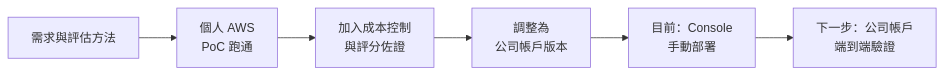
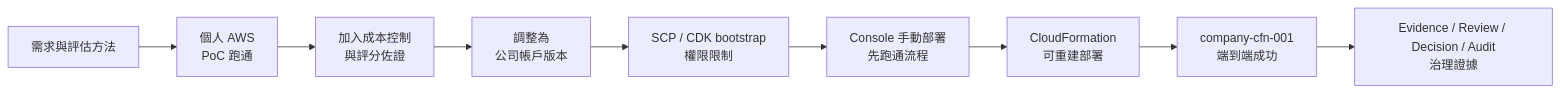
Before and after one commit to gt52bts-dotcom/internship-tech-radar: the second of 2 diagrams in final-proposal/簡報架構與執行軌跡.md, drawn with Mermaid. The commit also changed other lines of this file and 4 other files, not shown here.

````diff
--- a/final-proposal/簡報架構與執行軌跡.md
+++ b/final-proposal/簡報架構與執行軌跡.md
@@ -45,8 +47,11 @@
 ```mermaid
 flowchart LR
     A["需求與評估方法"] --> B["個人 AWS<br/>PoC 跑通"]
     B --> C["加入成本控制<br/>與評分佐證"]
     C --> D["調整為<br/>公司帳戶版本"]
-    D --> E["目前：Console<br/>手動部署"]
-    E --> F["下一步：公司帳戶<br/>端到端驗證"]
+    D --> E["SCP / CDK bootstrap<br/>權限限制"]
+    E --> F["Console 手動部署<br/>先跑通流程"]
+    F --> G["CloudFormation<br/>可重建部署"]
+    G --> H["company-cfn-001<br/>端到端成功"]
+    H --> I["Evidence / Review / Decision / Audit<br/>治理證據"]
 ```
````
